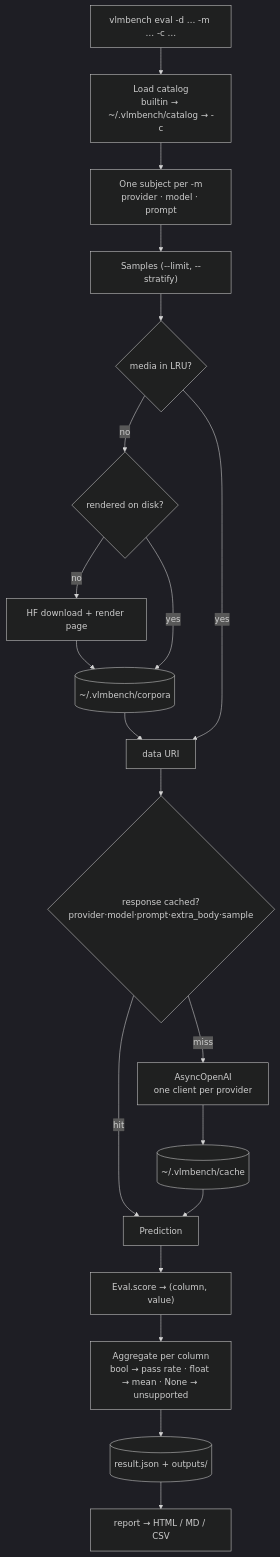
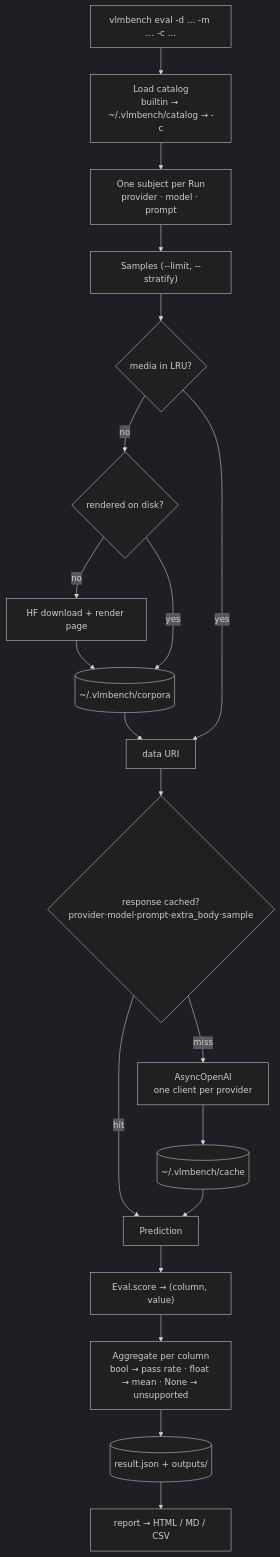
Before and after one commit to vlm-run/vlmbench: the second of 2 diagrams in EVALS.md, drawn with Mermaid (dark theme). The commit also changed other lines of this file and 6 other files, not shown here.

````diff
--- a/EVALS.md
+++ b/EVALS.md
@@ -46,25 +47,25 @@
 ```mermaid
 flowchart TD
   CLI["vlmbench eval -d … -m … -c …"] --> L[Load catalog<br/>builtin → ~/.vlmbench/catalog → -c]
-  L --> X[One subject per -m<br/>provider · model · prompt]
+  L --> X[One subject per Run<br/>provider · model · prompt]
   X --> S["Samples (--limit, --stratify)"]
 
   S --> MC{media in LRU?}
   MC -->|no| MD{rendered on disk?}
   MD -->|no| HF[HF download + render page]
   HF --> CORP[(~/.vlmbench/corpora)]
   MD -->|yes| CORP
   CORP --> URI[data URI]
   MC -->|yes| URI
 
   URI --> RC{response cached?<br/>provider·model·prompt·extra_body·sample}
   RC -->|hit| PRED[Prediction]
   RC -->|miss| API[AsyncOpenAI<br/>one client per provider]
   API --> CACHE[(~/.vlmbench/cache)]
   CACHE --> PRED
 
   PRED --> SC["Eval.score → (column, value)"]
   SC --> AG[Aggregate per column<br/>bool → pass rate · float → mean · None → unsupported]
   AG --> RJ[(result.json + outputs/)]
   RJ --> REP[report → HTML / MD / CSV]
 ```
````
